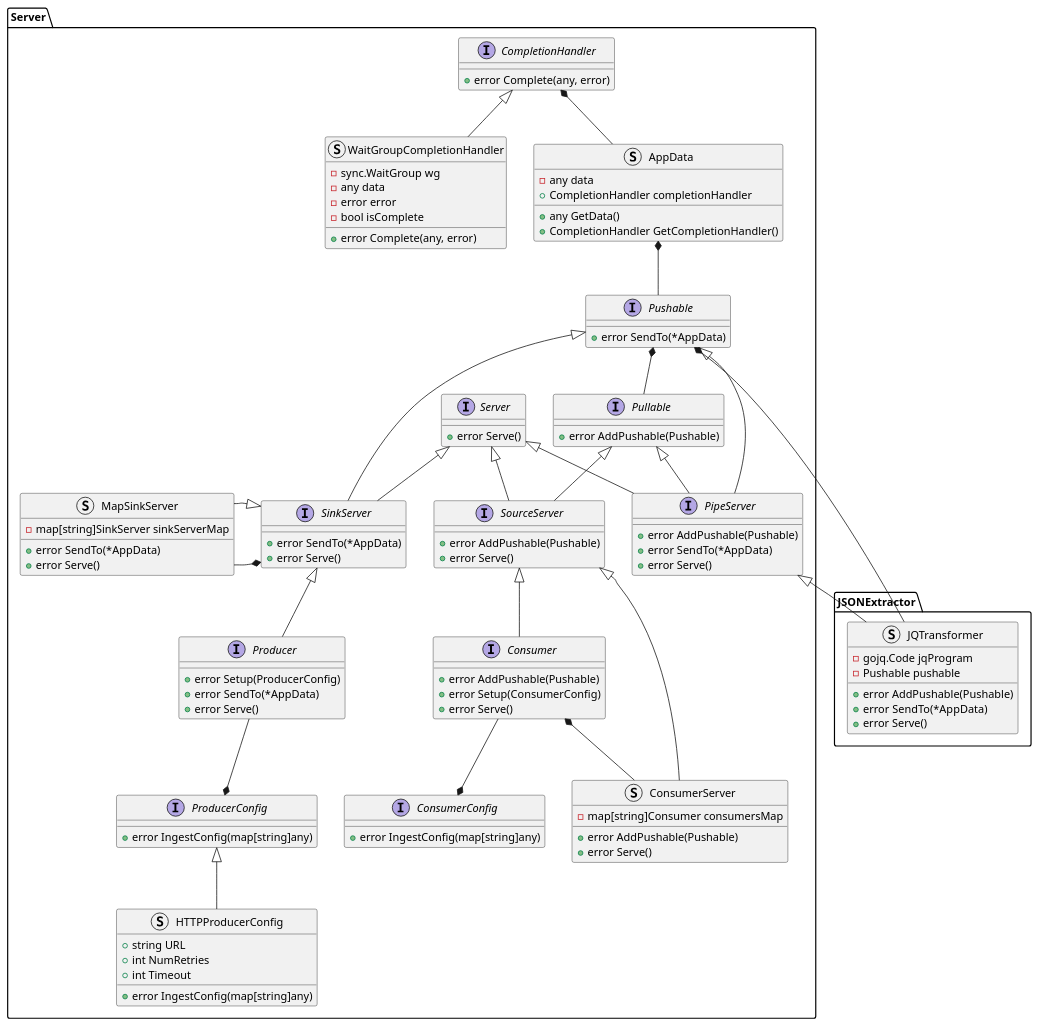
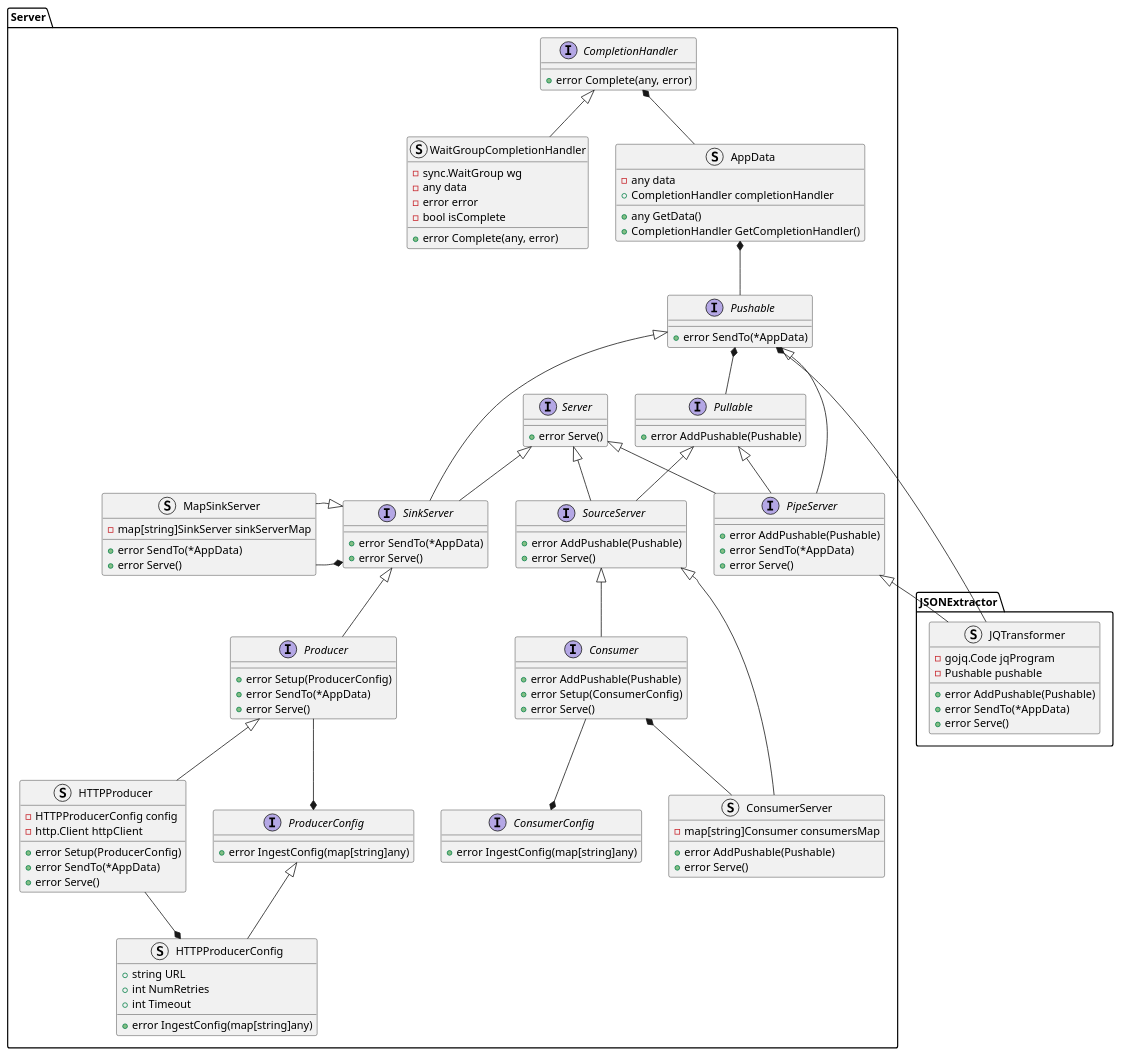
Before and after one commit to xtuml/otel2pv: the diagram in docs/design_notes/DN1_JSON_Extractor/class_diagram.puml, drawn with PlantUML. The commit also changed 3 other files, not shown here.

First line of the commit message:
Cdsopv 77 create http producer (#39)

```diff
--- a/docs/design_notes/DN1_JSON_Extractor/class_diagram.puml
+++ b/docs/design_notes/DN1_JSON_Extractor/class_diagram.puml
@@ -1,110 +1,119 @@
 @startuml
 namespace JSONExtractor {
     struct JQTransformer {
         -gojq.Code jqProgram
         -Pushable pushable
         +error AddPushable(Pushable)
         +error SendTo(*AppData)
         +error Serve()
     }
 }
 namespace Server {
     interface CompletionHandler {
         +error Complete(any, error)
     }
     struct WaitGroupCompletionHandler {
         -sync.WaitGroup wg
         -any data
         -error error
         -bool isComplete
         +error Complete(any, error)
     }
     struct AppData {
         -any data
         +CompletionHandler completionHandler
         +any GetData()
         +CompletionHandler GetCompletionHandler()
     }
     interface Server {
         +error Serve()
     }
     interface Pullable {
         +error AddPushable(Pushable)
     }
     interface Pushable {
         +error SendTo(*AppData)
     }
     interface SourceServer {
         +error AddPushable(Pushable)
         +error Serve()
     }
     interface SinkServer {
         +error SendTo(*AppData)
         +error Serve()
     }
     interface PipeServer {
         +error AddPushable(Pushable)
         +error SendTo(*AppData)
         +error Serve()
     }
     interface Producer {
+        +error Setup(ProducerConfig)
+        +error SendTo(*AppData)
+        +error Serve()
+    }
+    struct HTTPProducer {
+        -HTTPProducerConfig config
+        -http.Client httpClient
         +error Setup(ProducerConfig)
         +error SendTo(*AppData)
         +error Serve()
     }
     interface Consumer {
         +error AddPushable(Pushable)
         +error Setup(ConsumerConfig)
         +error Serve()
     }
     struct MapSinkServer {
         -map[string]SinkServer sinkServerMap
         +error SendTo(*AppData)
         +error Serve()
     }
     struct ConsumerServer {
         -map[string]Consumer consumersMap
         +error AddPushable(Pushable)
         +error Serve()
     }
     interface ProducerConfig {
         +error IngestConfig(map[string]any)
     }
     struct HTTPProducerConfig {
         +string URL
         +int NumRetries
         +int Timeout
         +error IngestConfig(map[string]any)
     }
 
     interface ConsumerConfig {
         +error IngestConfig(map[string]any)
     }
 }
 Server.CompletionHandler <|-- Server.WaitGroupCompletionHandler
 Server.CompletionHandler *-- Server.AppData
 Server.AppData *-- Server.Pushable
 Server.Server <|-- Server.SourceServer
 Server.Pushable *-- Server.Pullable
 Server.Pullable <|-- Server.SourceServer
 Server.Server <|-- Server.SinkServer
 Server.Pushable <|-- Server.SinkServer
 Server.Pushable <|-- Server.PipeServer
 Server.Pullable <|-- Server.PipeServer
 Server.Server <|-- Server.PipeServer
 
 Server.SinkServer <|-- Server.Producer
 Server.SinkServer *-left- Server.MapSinkServer
 Server.SinkServer <|-left- Server.MapSinkServer
 Server.SourceServer <|-- Server.ConsumerServer
 Server.Consumer *-- Server.ConsumerServer
 Server.SourceServer <|-- Server.Consumer
 
 Server.PipeServer <|-- JSONExtractor.JQTransformer
 Server.Pushable *-- JSONExtractor.JQTransformer
 
 
 Server.ConsumerConfig *-up- Server.Consumer
 Server.ProducerConfig *-up- Server.Producer
 Server.ProducerConfig <|-- Server.HTTPProducerConfig
+Server.Producer <|-- Server.HTTPProducer
+Server.HTTPProducerConfig *-up- Server.HTTPProducer
 @enduml
```
